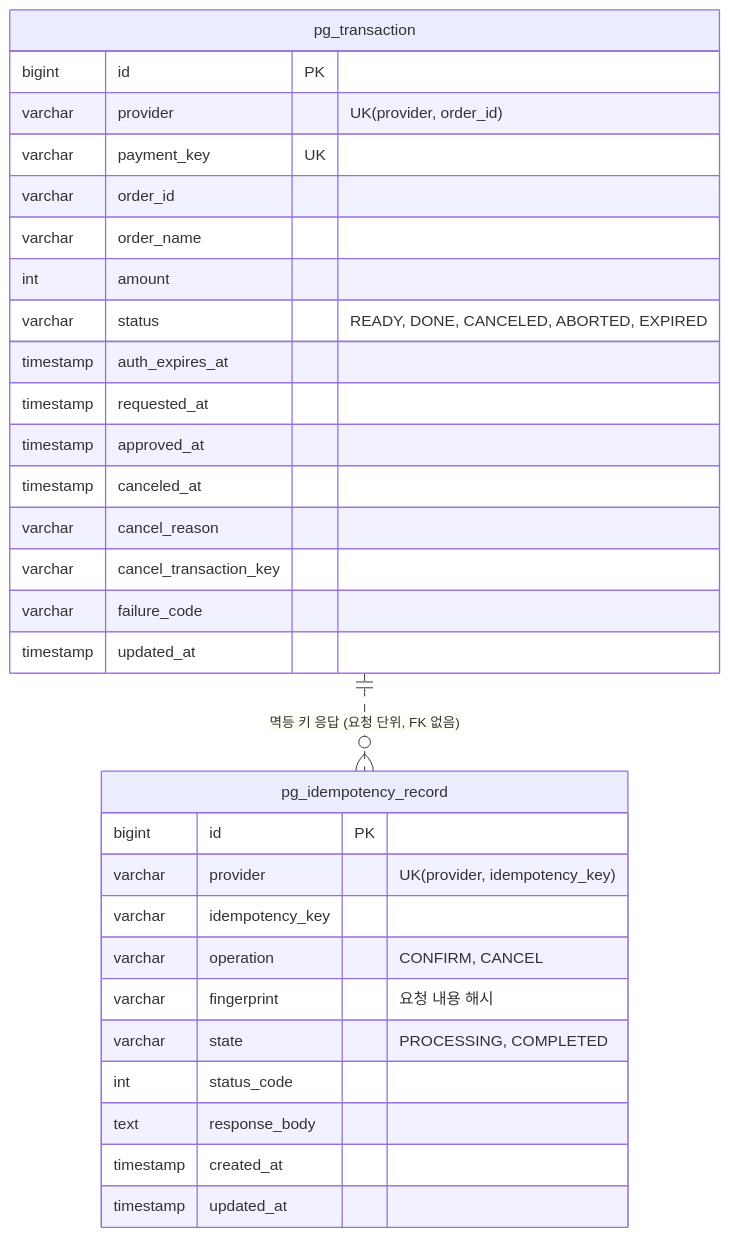
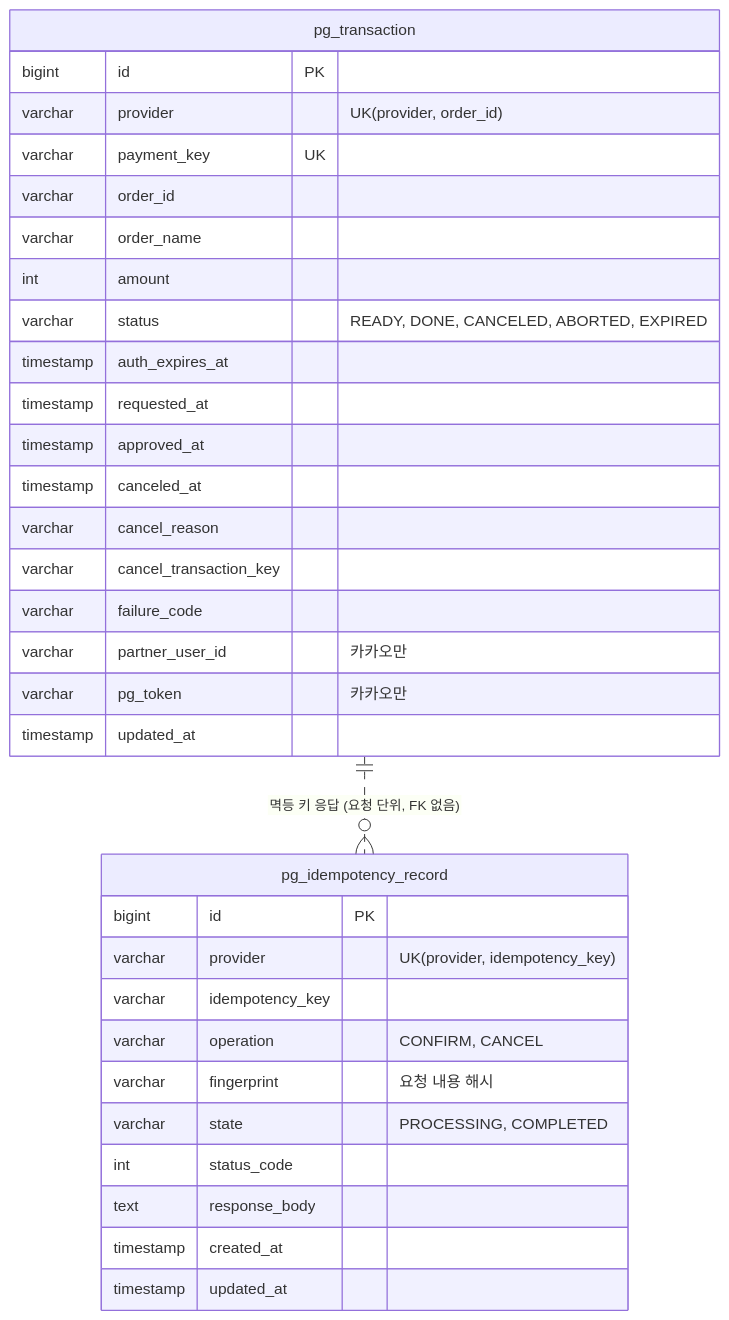
One commit to Good-Ticket-Service/ticket changed the second of 2 diagrams in docs/payment/tables.md. Above: the diagram before and after it, drawn with Mermaid. The commit also changed other lines of this file and 2 other files, not shown here.

````diff
--- a/docs/payment/tables.md
+++ b/docs/payment/tables.md
@@ -86,35 +86,37 @@
 ```mermaid
 erDiagram
     pg_transaction ||..o{ pg_idempotency_record : "멱등 키 응답 (요청 단위, FK 없음)"
 
     pg_transaction {
         bigint id PK
         varchar provider "UK(provider, order_id)"
         varchar payment_key UK
         varchar order_id
         varchar order_name
         int amount
         varchar status "READY, DONE, CANCELED, ABORTED, EXPIRED"
         timestamp auth_expires_at
         timestamp requested_at
         timestamp approved_at
         timestamp canceled_at
         varchar cancel_reason
         varchar cancel_transaction_key
         varchar failure_code
+        varchar partner_user_id "카카오만"
+        varchar pg_token "카카오만"
         timestamp updated_at
     }
 
     pg_idempotency_record {
         bigint id PK
         varchar provider "UK(provider, idempotency_key)"
         varchar idempotency_key
         varchar operation "CONFIRM, CANCEL"
         varchar fingerprint "요청 내용 해시"
         varchar state "PROCESSING, COMPLETED"
         int status_code
         text response_body
         timestamp created_at
         timestamp updated_at
     }
 ```
````
